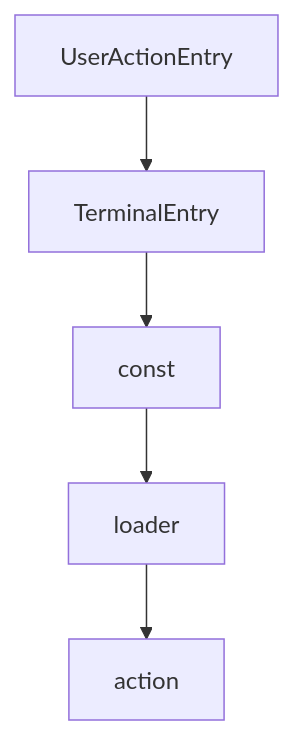
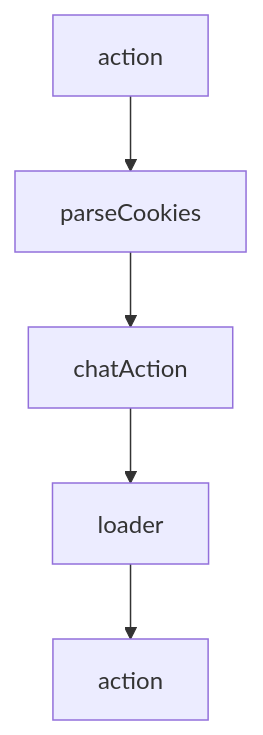
The second of 2 diagrams in tutorials/bolt-diy-tutorial/08-production-operations.md (johnxie/awesome-code-docs), drawn with Mermaid before and after one commit. The commit also changed other lines of this file and 1232 other files, not shown here.

````diff
--- a/tutorials/bolt-diy-tutorial/08-production-operations.md
+++ b/tutorials/bolt-diy-tutorial/08-production-operations.md
@@ -307,12 +305,12 @@
 ```mermaid
 flowchart TD
-    A[UserActionEntry]
-    B[TerminalEntry]
-    C[const]
+    A[action]
+    B[parseCookies]
+    C[chatAction]
     D[loader]
     E[action]
     A --> B
     B --> C
     C --> D
     D --> E
 ```
````
